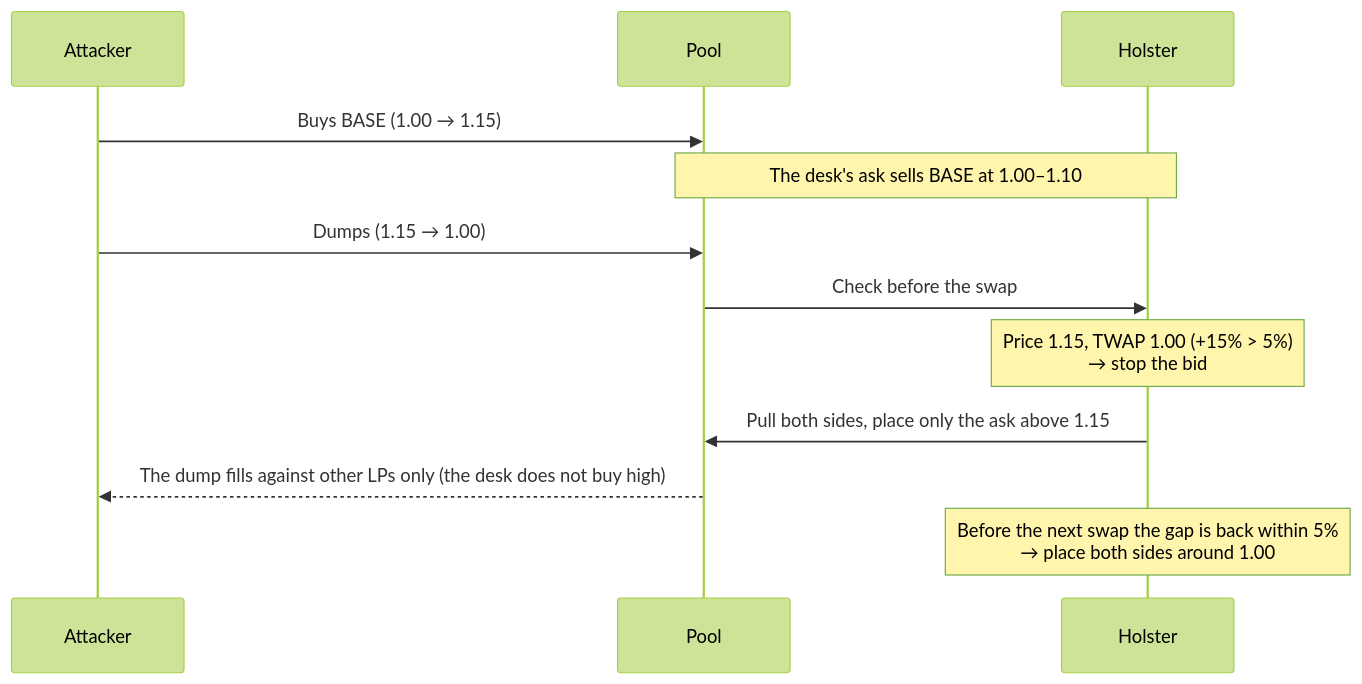
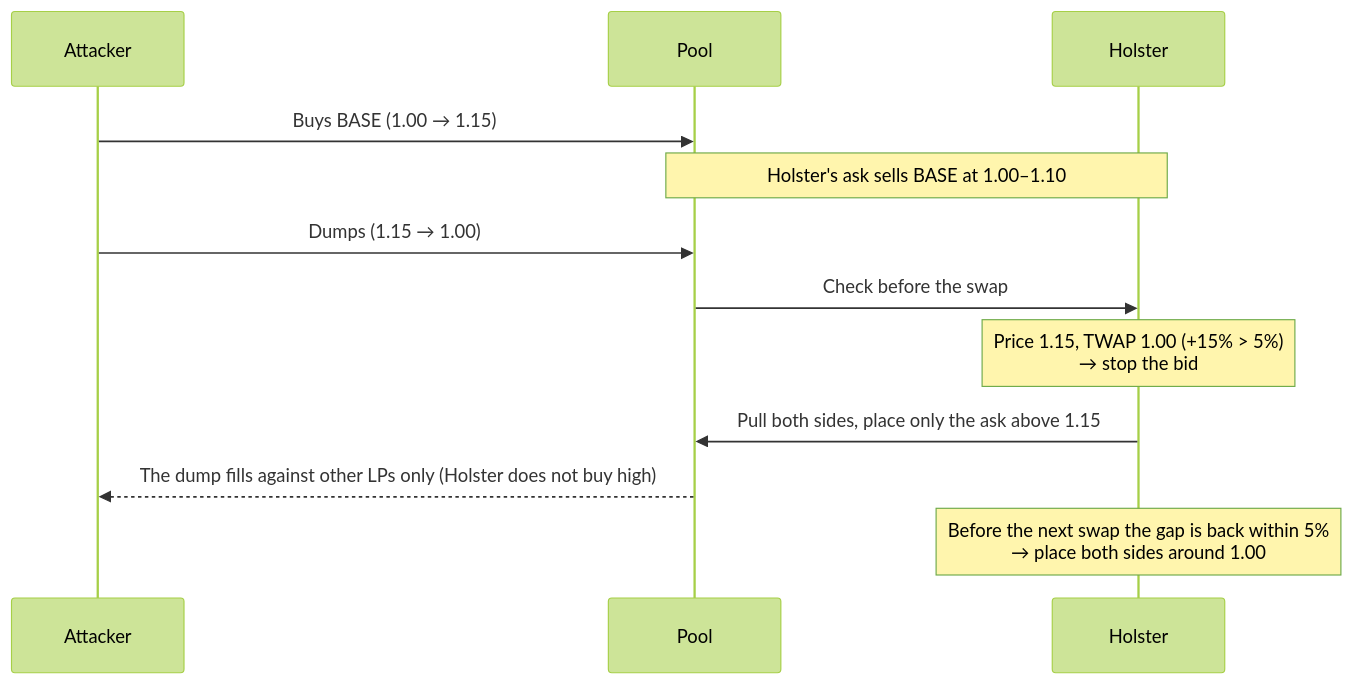
One commit to yuta-mine/holster changed the first of 2 diagrams in README.md. Above: the diagram before and after it, drawn with Mermaid (forest theme). The commit also changed other lines of this file and 2 other files, not shown here.

````diff
--- a/README.md
+++ b/README.md
@@ -50,14 +52,14 @@
 ```mermaid
 sequenceDiagram
     participant A as Attacker
     participant P as Pool
     participant H as Holster
     A->>P: Buys BASE (1.00 → 1.15)
-    Note over P,H: The desk's ask sells BASE at 1.00–1.10
+    Note over P,H: Holster's ask sells BASE at 1.00–1.10
     A->>P: Dumps (1.15 → 1.00)
     P->>H: Check before the swap
     Note over H: Price 1.15, TWAP 1.00 (+15% > 5%)<br/>→ stop the bid
     H->>P: Pull both sides, place only the ask above 1.15
-    P-->>A: The dump fills against other LPs only (the desk does not buy high)
+    P-->>A: The dump fills against other LPs only (Holster does not buy high)
     Note over H: Before the next swap the gap is back within 5%<br/>→ place both sides around 1.00
 ```
````
